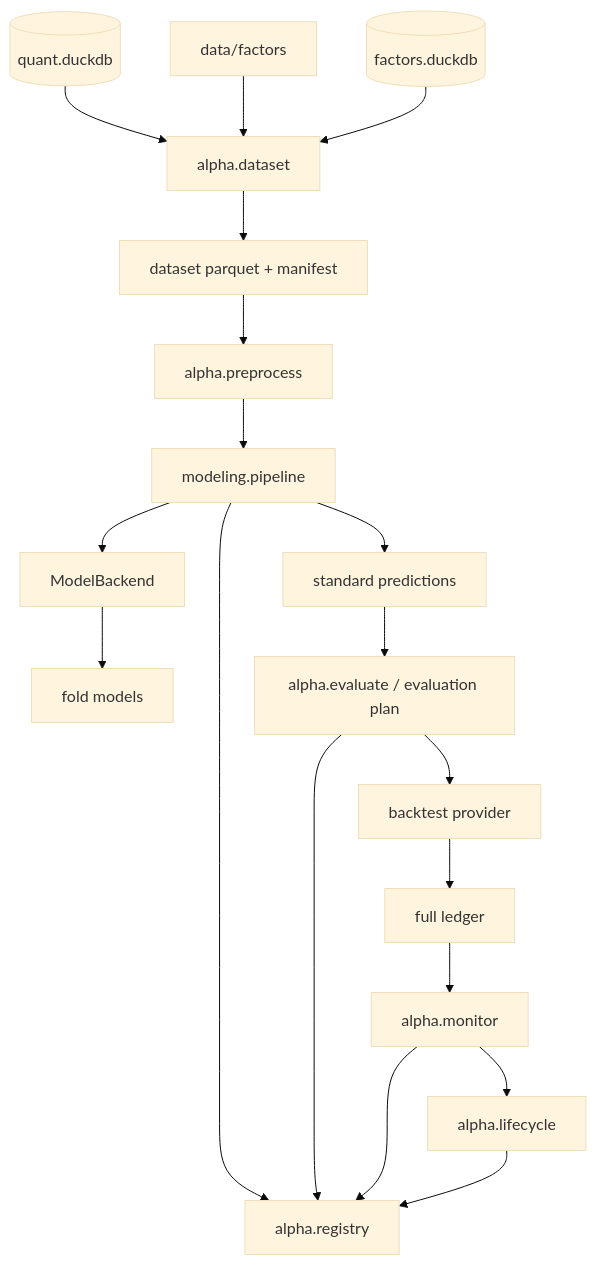
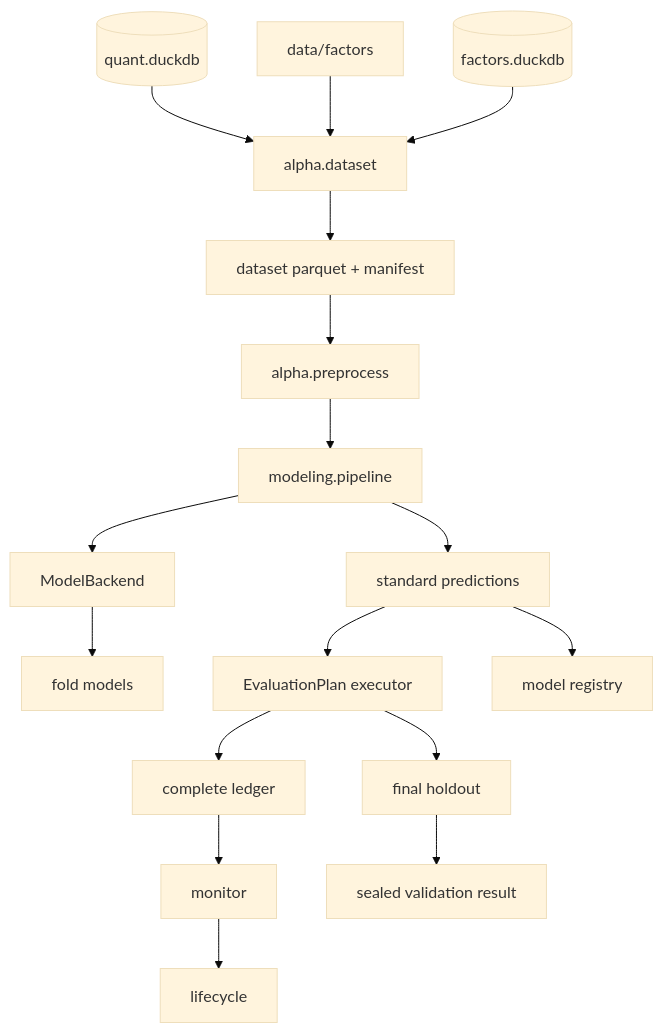
The diagram in docs/project-guide/07-ml-modeling.md (rowerman/quant-all), drawn with Mermaid (base theme) before and after one commit. The commit also changed other lines of this file and 10 other files, not shown here.

````diff
--- a/docs/project-guide/07-ml-modeling.md
+++ b/docs/project-guide/07-ml-modeling.md
@@ -423,21 +13,19 @@
 ```mermaid
 flowchart TD
-  Q[(quant.duckdb)] --> DS[alpha.dataset]
-  F[data/factors] --> DS
-  FC[(factors.duckdb)] --> DS
-  DS --> DART[dataset parquet + manifest]
-  DART --> PRE[alpha.preprocess]
-  PRE --> PIPE[modeling.pipeline]
-  PIPE --> BE[ModelBackend]
-  BE --> MODEL[fold models]
+  DB[(quant.duckdb)] --> DS[alpha.dataset]
+  FQ[data/factors] --> DS
+  FD[(factors.duckdb)] --> DS
+  DS --> DP[dataset parquet + manifest]
+  DP --> PP[alpha.preprocess]
+  PP --> PIPE[modeling.pipeline]
+  PIPE --> MB[ModelBackend]
+  MB --> MP[fold models]
   PIPE --> PRED[standard predictions]
-  PRED --> EVAL[alpha.evaluate / evaluation plan]
-  EVAL --> BT[backtest provider]
-  BT --> LEDGER[full ledger]
-  LEDGER --> MON[alpha.monitor]
-  MON --> LIFE[alpha.lifecycle]
-  PIPE --> REG[alpha.registry]
-  EVAL --> REG
-  MON --> REG
-  LIFE --> REG
+  PRED --> EVAL[EvaluationPlan executor]
+  EVAL --> LEDGER[complete ledger]
+  PRED --> REG[model registry]
+  LEDGER --> MON[monitor]
+  MON --> LIFE[lifecycle]
+  EVAL --> HOLDOUT[final holdout]
+  HOLDOUT --> REPORT[sealed validation result]
 ```
````
